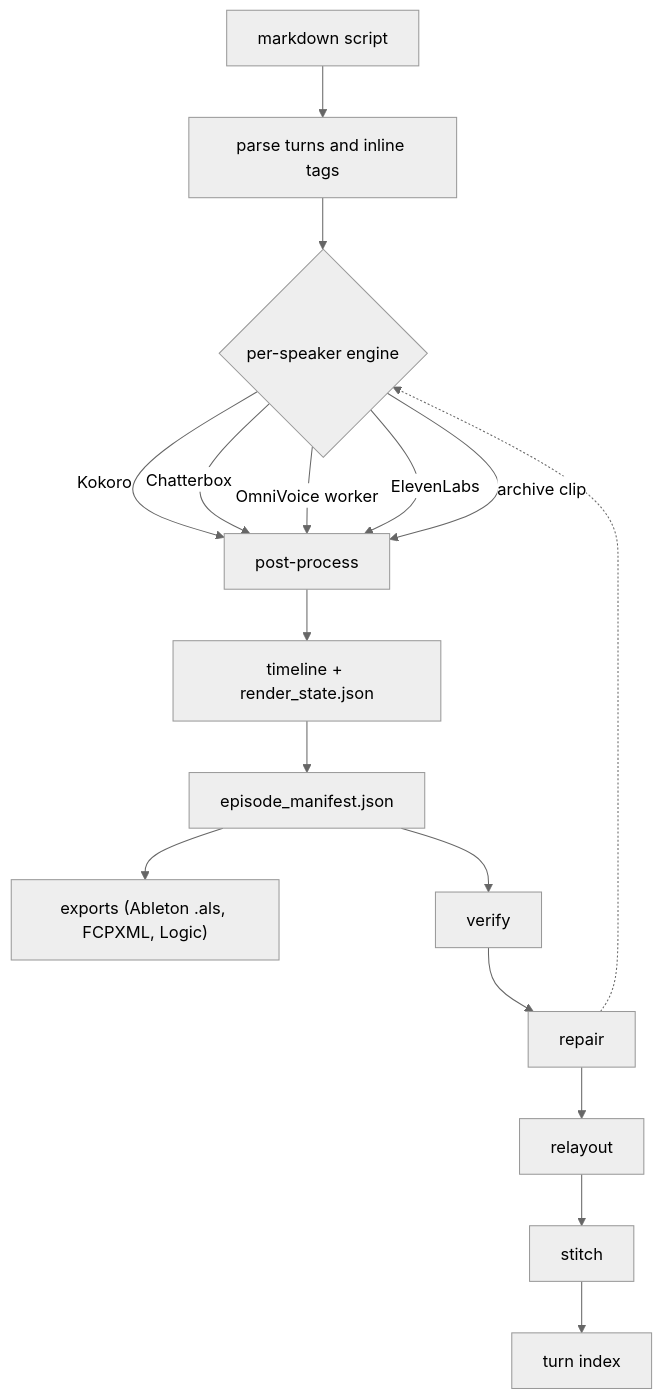
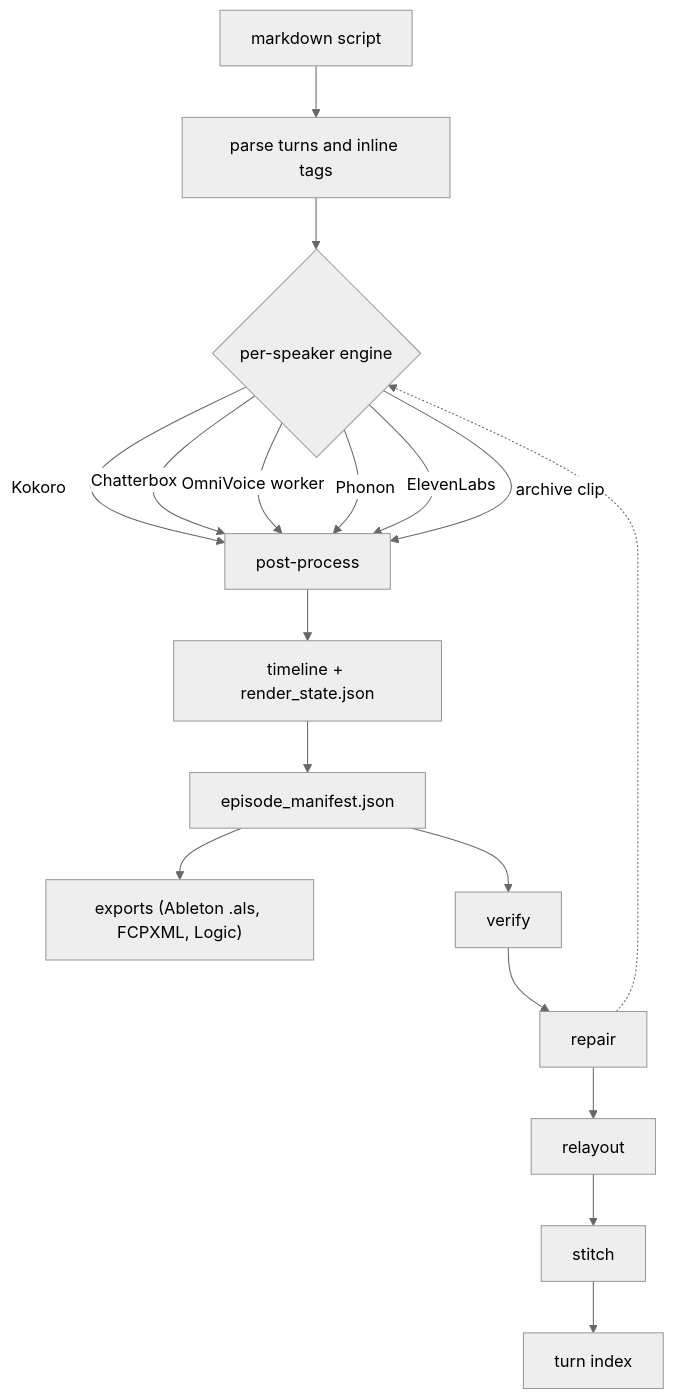
One commit to th30d0re/scriptCast changed the diagram in README.md. Above: the diagram before and after it, drawn with Mermaid (neutral theme). The commit also changed other lines of this file and 1 other file, not shown here.

First line of the commit message:
[docs] Document Phonon, the macOS app, and the newer commands

````diff
--- a/README.md
+++ b/README.md
@@ -145,19 +167,20 @@
 ```mermaid
 flowchart TD
     A["markdown script"] --> B["parse turns and inline tags"]
     B --> C{"per-speaker engine"}
     C -->|"Kokoro"| D["post-process"]
     C -->|"Chatterbox"| D
     C -->|"OmniVoice worker"| D
+    C -->|"Phonon"| D
     C -->|"ElevenLabs"| D
     C -->|"archive clip"| D
     D --> E["timeline + render_state.json"]
     E --> F["episode_manifest.json"]
     F --> G["exports (Ableton .als, FCPXML, Logic)"]
     F --> H["verify"]
     H --> I["repair"]
     I -.-> C
     I --> J["relayout"]
     J --> K["stitch"]
     K --> L["turn index"]
 ```
````
